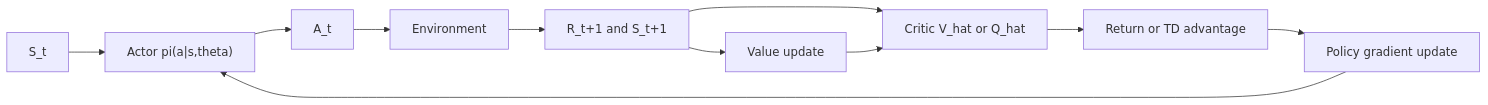
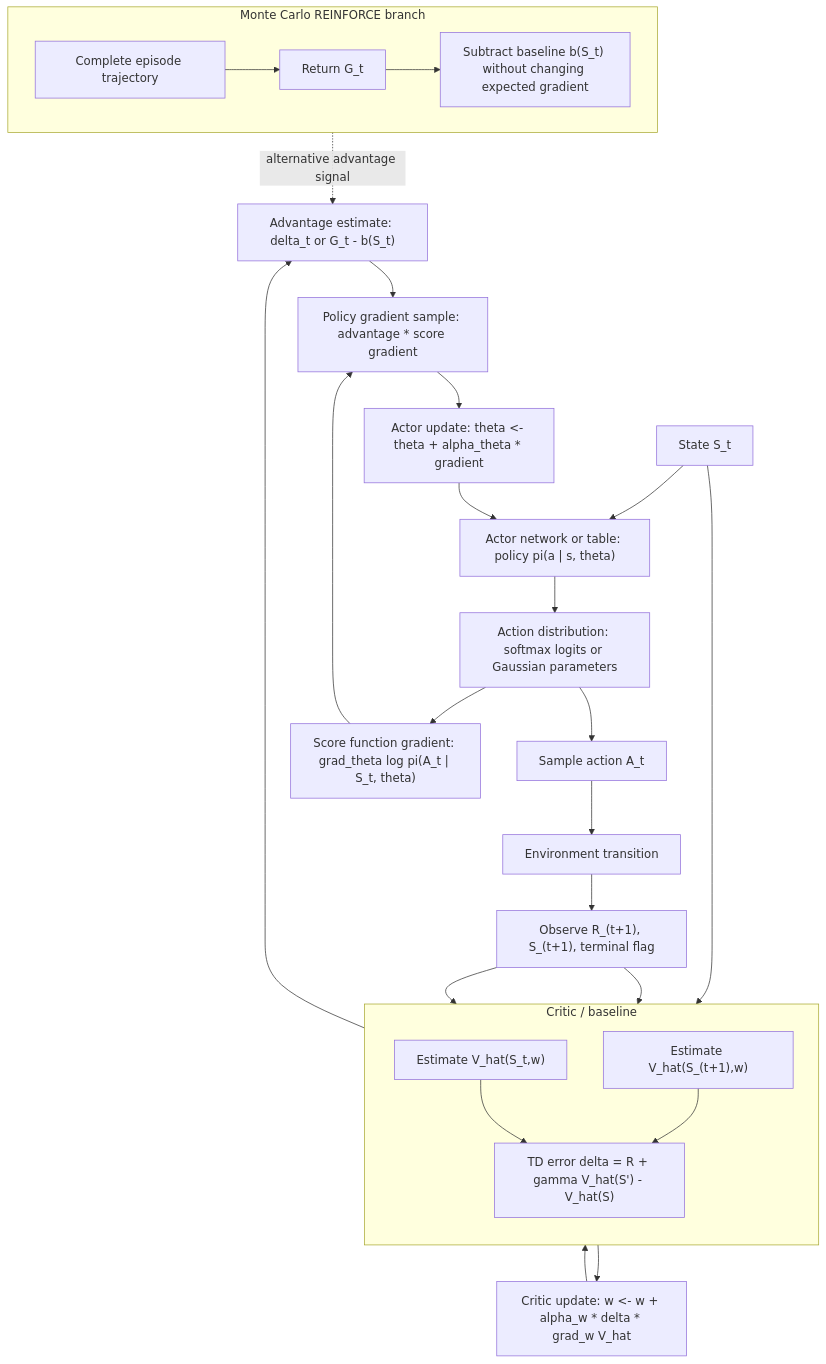
The diagram in docs/cs/reinforcement-learning/policy-gradient-methods.md (justinbrianhwang/SJ-wiki), drawn with Mermaid before and after one commit. The commit also changed other lines of this file and 1858 other files, not shown here.

Commit message:
Upgrade Mermaid diagrams to real architecture level across DL/CS-systems/CS-applied/QIS/Physics+Math+Chem (~728 mermaid blocks total): detailed sublayers, residuals, dimensions, shape transitions, subgraph grouping

````diff
--- a/docs/cs/reinforcement-learning/policy-gradient-methods.md
+++ b/docs/cs/reinforcement-learning/policy-gradient-methods.md
@@ -129,13 +129,37 @@
 ```mermaid
-flowchart LR
-  State[S_t] --> Actor["Actor pi(a|s,theta)"]
-  Actor --> Action[A_t]
-  Action --> Env[Environment]
-  Env --> Reward[R_t+1 and S_t+1]
-  Reward --> Critic[Critic V_hat or Q_hat]
-  Critic --> Advantage[Return or TD advantage]
-  Advantage --> ActorUpdate[Policy gradient update]
+flowchart TB
+  State["State S_t"] --> Actor["Actor network or table: policy pi(a | s, theta)"]
+  Actor --> Dist["Action distribution: softmax logits or Gaussian parameters"]
+  Dist --> Sample["Sample action A_t"]
+  Sample --> Env["Environment transition"]
+  Env --> Reward["Observe R_(t+1), S_(t+1), terminal flag"]
+
+  subgraph Critic["Critic / baseline"]
+    direction TB
+    Vt["Estimate V_hat(S_t,w)"]
+    Vnext["Estimate V_hat(S_(t+1),w)"]
+    TD["TD error delta = R + gamma V_hat(S') - V_hat(S)"]
+    Vt --> TD
+    Vnext --> TD
+  end
+
+  Reward --> Critic
+  State --> Vt
+  Reward --> Vnext
+  TD --> Advantage["Advantage estimate: delta_t or G_t - b(S_t)"]
+  Dist --> Score["Score function gradient: grad_theta log pi(A_t | S_t, theta)"]
+  Advantage --> ActorGrad["Policy gradient sample: advantage * score gradient"]
+  Score --> ActorGrad
+  ActorGrad --> ActorUpdate["Actor update: theta <- theta + alpha_theta * gradient"]
+  TD --> CriticUpdate["Critic update: w <- w + alpha_w * delta * grad_w V_hat"]
   ActorUpdate --> Actor
-  Reward --> CriticUpdate[Value update]
   CriticUpdate --> Critic
+
+  subgraph REINFORCE["Monte Carlo REINFORCE branch"]
+    direction LR
+    Episode["Complete episode trajectory"] --> Return["Return G_t"]
+    Return --> Baseline["Subtract baseline b(S_t) without changing expected gradient"]
+  end
+
+  Baseline -. "alternative advantage signal" .-> Advantage
 ```
````
